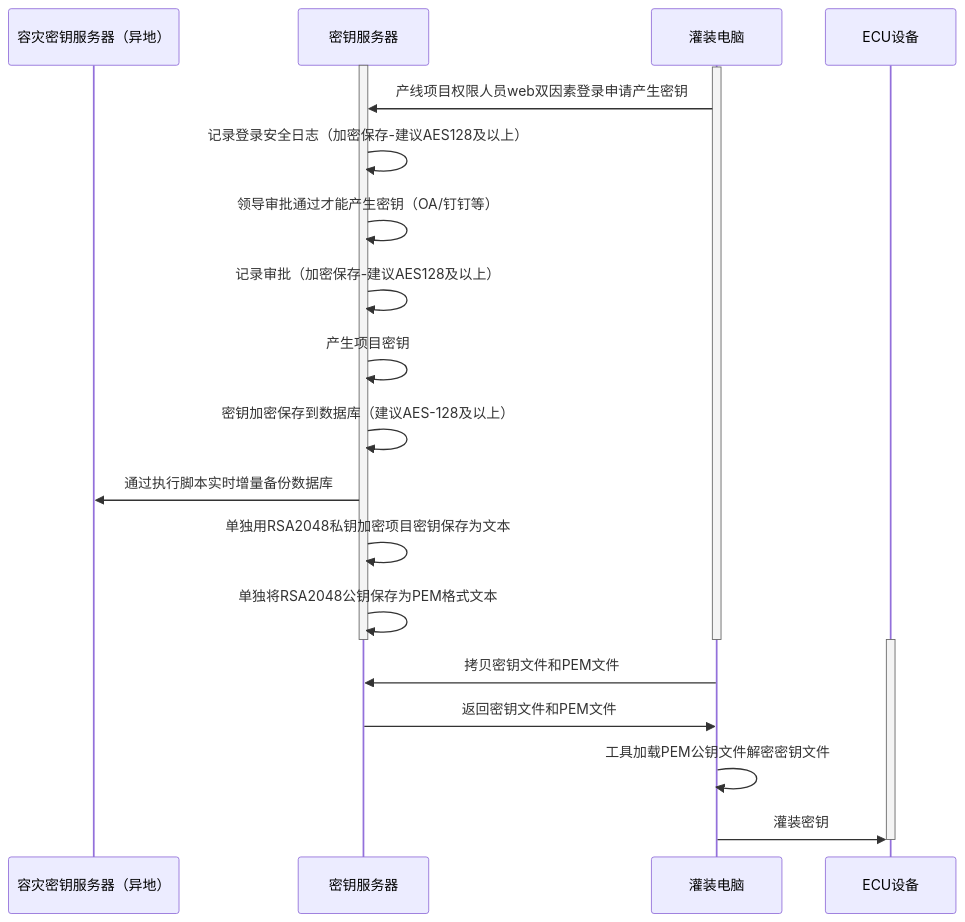
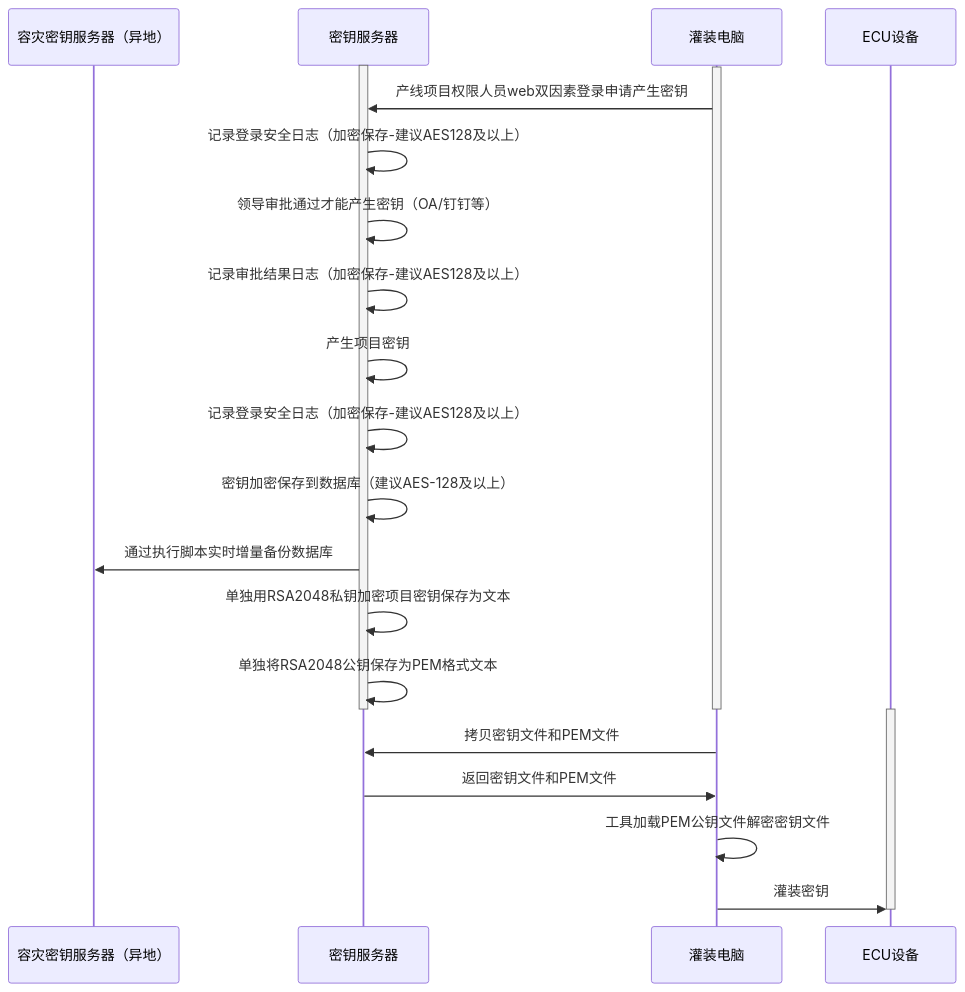
Before and after one commit to facebook-cloud/iodraw-files: the diagram in all/未命名-15.md, drawn with Mermaid.

Commit message:
2026-02-11 19:38:28 update

````diff
--- a/all/未命名-15.md
+++ b/all/未命名-15.md
@@ -1,30 +1,31 @@
 ```mermaid
 sequenceDiagram
     participant A as 容灾密钥服务器（异地）
     participant B as 密钥服务器
     participant D as 灌装电脑
     participant E as ECU设备
 
     activate B
     activate D
     D->>B: 产线项目权限人员web双因素登录申请产生密钥
     B->>B: 记录登录安全日志（加密保存-建议AES128及以上）
     B->>B: 领导审批通过才能产生密钥（OA/钉钉等）
-    B->>B: 记录审批（加密保存-建议AES128及以上）
+    B->>B: 记录审批结果日志（加密保存-建议AES128及以上）
     B->>B: 产生项目密钥
+    B->>B: 记录登录安全日志（加密保存-建议AES128及以上）
     B->>B: 密钥加密保存到数据库（建议AES-128及以上）
     B->>A: 通过执行脚本实时增量备份数据库
 
     B->>B: 单独用RSA2048私钥加密项目密钥保存为文本
     B->>B: 单独将RSA2048公钥保存为PEM格式文本
     deactivate B
     deactivate D
 
     activate E
     D->>B: 拷贝密钥文件和PEM文件
     B->>D: 返回密钥文件和PEM文件
     D->>D:工具加载PEM公钥文件解密密钥文件
     D->>E: 灌装密钥
     deactivate E
 
 ```
````
